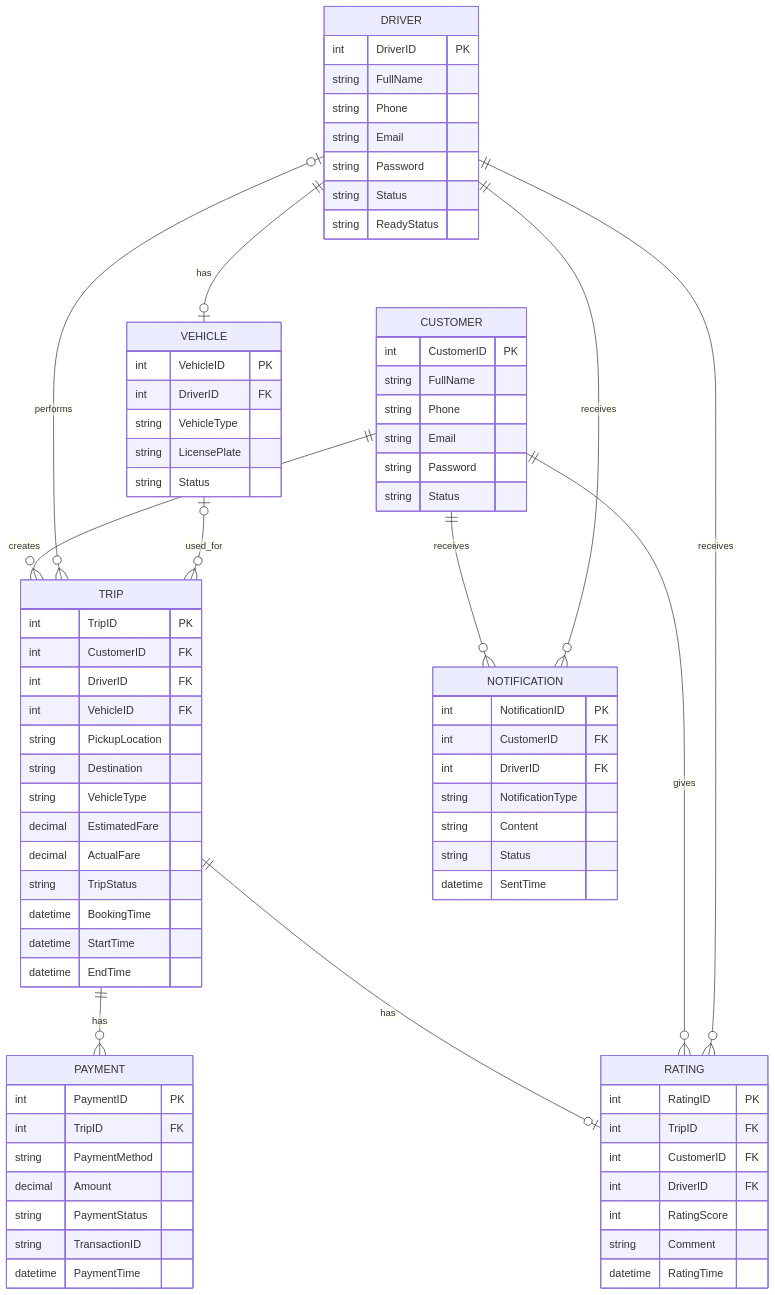
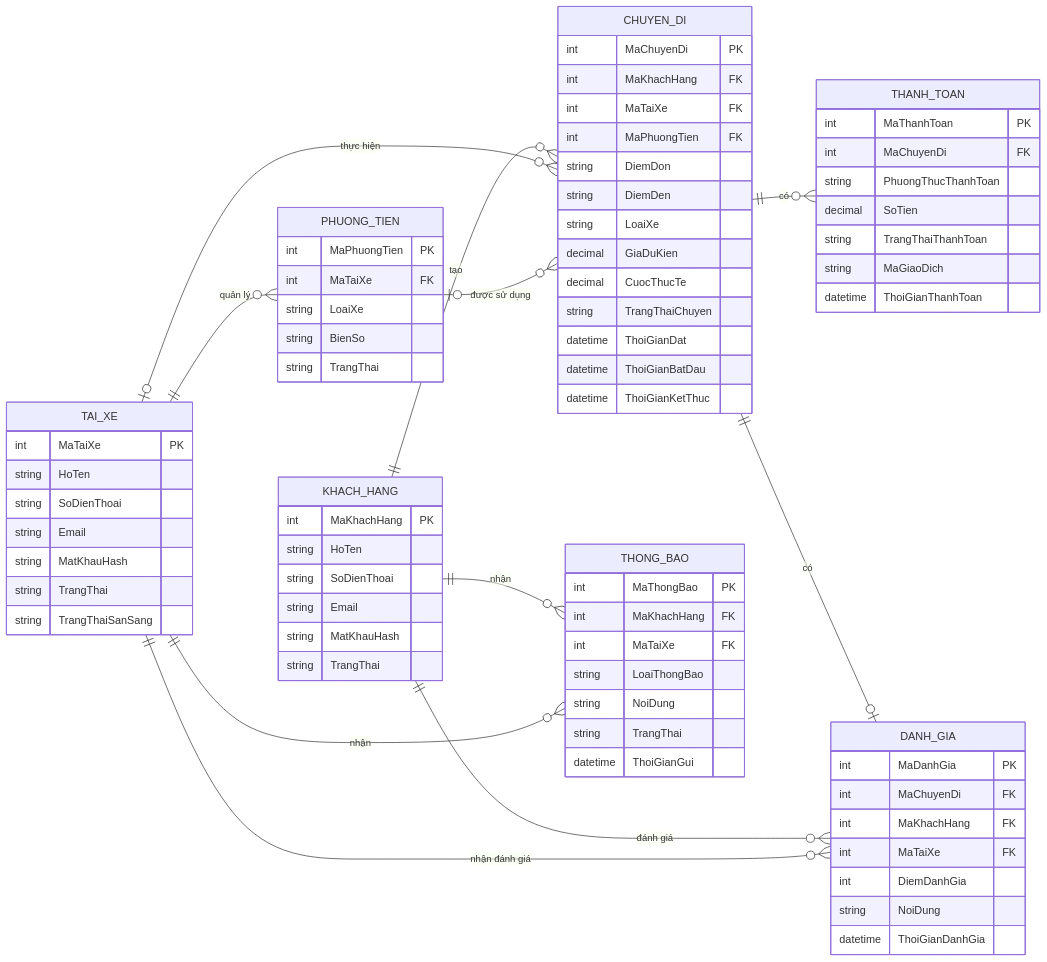
Before and after one commit to hau3004/23677151_DongThiAnhThu_CABSYSTEM: the third of 8 diagrams in SRS.md, drawn with Mermaid. The commit also changed other lines of this file, not shown here.

````diff
--- a/SRS.md
+++ b/SRS.md
@@ -469,97 +480,87 @@
 ```mermaid
 erDiagram
-
-    CUSTOMER {
-        int CustomerID PK
-        string FullName
-        string Phone
+  direction LR
+    KHACH_HANG {
+        int MaKhachHang PK
+        string HoTen
+        string SoDienThoai
         string Email
-        string Password
-        string Status
+        string MatKhauHash
+        string TrangThai
     }
 
-    DRIVER {
-        int DriverID PK
-        string FullName
-        string Phone
+    TAI_XE {
+        int MaTaiXe PK
+        string HoTen
+        string SoDienThoai
         string Email
-        string Password
-        string Status
-        string ReadyStatus
+        string MatKhauHash
+        string TrangThai
+        string TrangThaiSanSang
     }
 
-    VEHICLE {
-        int VehicleID PK
-        int DriverID FK
-        string VehicleType
-        string LicensePlate
-        string Status
+    PHUONG_TIEN {
+        int MaPhuongTien PK
+        int MaTaiXe FK
+        string LoaiXe
+        string BienSo
+        string TrangThai
     }
 
-    TRIP {
-        int TripID PK
-        int CustomerID FK
-        int DriverID FK
-        int VehicleID FK
-        string PickupLocation
-        string Destination
-        string VehicleType
-        decimal EstimatedFare
-        decimal ActualFare
-        string TripStatus
-        datetime BookingTime
-        datetime StartTime
-        datetime EndTime
+    CHUYEN_DI {
+        int MaChuyenDi PK
+        int MaKhachHang FK
+        int MaTaiXe FK
+        int MaPhuongTien FK
+        string DiemDon
+        string DiemDen
+        string LoaiXe
+        decimal GiaDuKien
+        decimal CuocThucTe
+        string TrangThaiChuyen
+        datetime ThoiGianDat
+        datetime ThoiGianBatDau
+        datetime ThoiGianKetThuc
     }
 
-    PAYMENT {
-        int PaymentID PK
-        int TripID FK
-        string PaymentMethod
-        decimal Amount
-        string PaymentStatus
-        string TransactionID
-        datetime PaymentTime
+    THANH_TOAN {
+        int MaThanhToan PK
+        int MaChuyenDi FK
+        string PhuongThucThanhToan
+        decimal SoTien
+        string TrangThaiThanhToan
+        string MaGiaoDich
+        datetime ThoiGianThanhToan
     }
 
-    RATING {
-        int RatingID PK
-        int TripID FK
-        int CustomerID FK
-        int DriverID FK
-        int RatingScore
-        string Comment
-        datetime RatingTime
+    DANH_GIA {
+        int MaDanhGia PK
+        int MaChuyenDi FK
+        int MaKhachHang FK
+        int MaTaiXe FK
+        int DiemDanhGia
+        string NoiDung
+        datetime ThoiGianDanhGia
     }
 
-    NOTIFICATION {
-        int NotificationID PK
-        int CustomerID FK
-        int DriverID FK
-        string NotificationType
-        string Content
-        string Status
-        datetime SentTime
+    THONG_BAO {
+        int MaThongBao PK
+        int MaKhachHang FK
+        int MaTaiXe FK
+        string LoaiThongBao
+        string NoiDung
+        string TrangThai
+        datetime ThoiGianGui
     }
 
-
-    CUSTOMER ||--o{ TRIP : "creates"
-
-    DRIVER o|--o{ TRIP : "performs"
-
-    DRIVER ||--o| VEHICLE : "has"
-
-    VEHICLE o|--o{ TRIP : "used_for"
-
-    TRIP ||--o{ PAYMENT : "has"
-
-    TRIP ||--o| RATING : "has"
-
-    CUSTOMER ||--o{ RATING : "gives"
-
-    DRIVER ||--o{ RATING : "receives"
-
-    CUSTOMER ||--o{ NOTIFICATION : "receives"
-
-    DRIVER ||--o{ NOTIFICATION : "receives"
+    KHACH_HANG ||--o{ CHUYEN_DI : "tạo"
+    TAI_XE o|--o{ CHUYEN_DI : "thực hiện"
+    TAI_XE ||--o{ PHUONG_TIEN : "quản lý"
+    PHUONG_TIEN o|--o{ CHUYEN_DI : "được sử dụng"
+    CHUYEN_DI ||--o{ THANH_TOAN : "có"
+    CHUYEN_DI ||--o| DANH_GIA : "có"
+    KHACH_HANG ||--o{ DANH_GIA : "đánh giá"
+    TAI_XE ||--o{ DANH_GIA : "nhận đánh giá"
+    KHACH_HANG ||--o{ THONG_BAO : "nhận"
+    TAI_XE ||--o{ THONG_BAO : "nhận"
 ```
````
